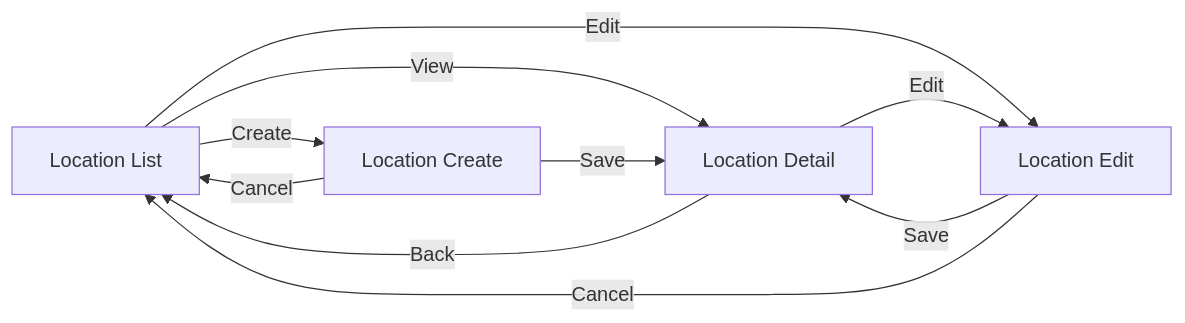
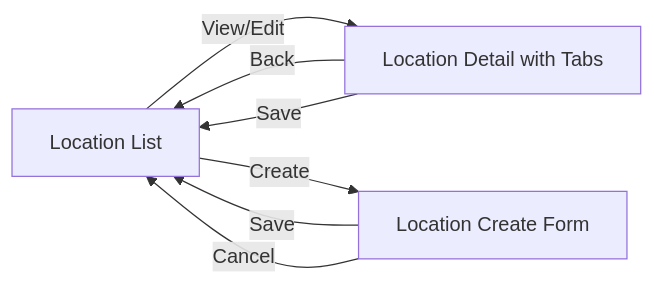
Before and after one commit to CarmenSoftware-organization/carmen: the second of 6 diagrams in docs/app/system-administration/location-management/TS-location-management.md, drawn with Mermaid. The commit also changed other lines of this file and 1788 other files, not shown here.

````diff
--- a/docs/app/system-administration/location-management/TS-location-management.md
+++ b/docs/app/system-administration/location-management/TS-location-management.md
@@ -54,12 +55,9 @@
 ```mermaid
 graph LR
-    A[Location List] -->|View| B[Location Detail]
-    A -->|Edit| C[Location Edit]
-    A -->|Create| D[Location Create]
-    B -->|Edit| C
+    A[Location List] -->|View/Edit| B[Location Detail with Tabs]
+    A -->|Create| C[Location Create Form]
     B -->|Back| A
-    C -->|Save| B
+    B -->|Save| A
+    C -->|Save| A
     C -->|Cancel| A
-    D -->|Save| B
-    D -->|Cancel| A
 ```
````
